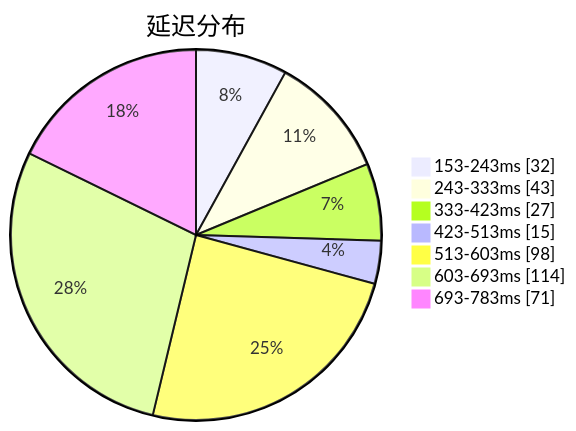
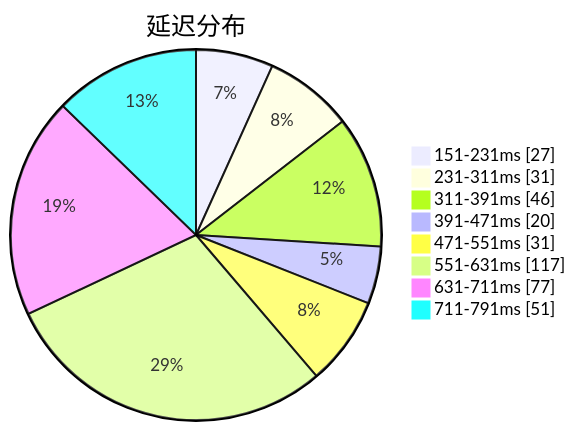
Before and after one commit to qjlxg/airport: the first of 3 diagrams in subs/statistics/tested_within.md, drawn with Mermaid. The commit also changed other lines of this file and 2 other files, not shown here.

Commit message:
Tested by metaST

````diff
--- a/subs/statistics/tested_within.md
+++ b/subs/statistics/tested_within.md
@@ -2,11 +2,12 @@
 ```mermaid
 pie showData
 title 延迟分布
-"153-243ms" : 32
-"243-333ms" : 43
-"333-423ms" : 27
-"423-513ms" : 15
-"513-603ms" : 98
-"603-693ms" : 114
-"693-783ms" : 71
+"151-231ms" : 27
+"231-311ms" : 31
+"311-391ms" : 46
+"391-471ms" : 20
+"471-551ms" : 31
+"551-631ms" : 117
+"631-711ms" : 77
+"711-791ms" : 51
 ```
````
